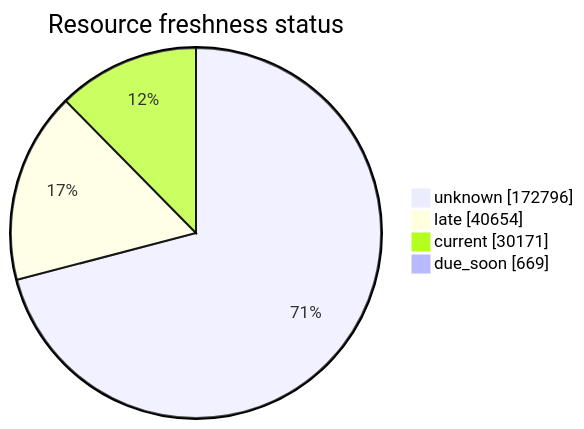
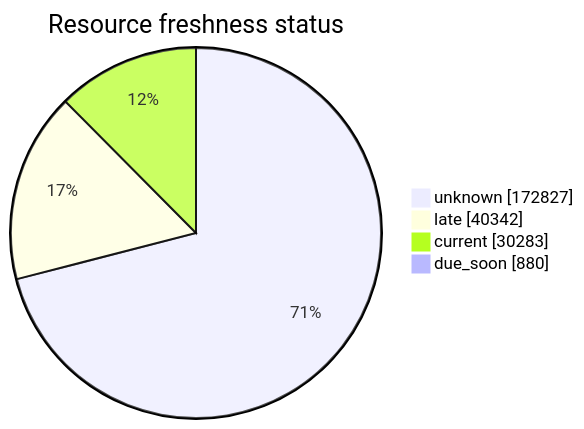
The third of 5 diagrams in FreshCheck/README.md (open-data/analytics-corporate-reporting), drawn with Mermaid before and after one commit. The commit also changed other lines of this file and 3 other files, not shown here.

````diff
--- a/FreshCheck/README.md
+++ b/FreshCheck/README.md
@@ -78,7 +78,7 @@
 ```mermaid
 pie showData title Resource freshness status
-    "unknown": 172796
-    "late": 40654
-    "current": 30171
-    "due_soon": 669
+    "unknown": 172827
+    "late": 40342
+    "current": 30283
+    "due_soon": 880
 ```
````
